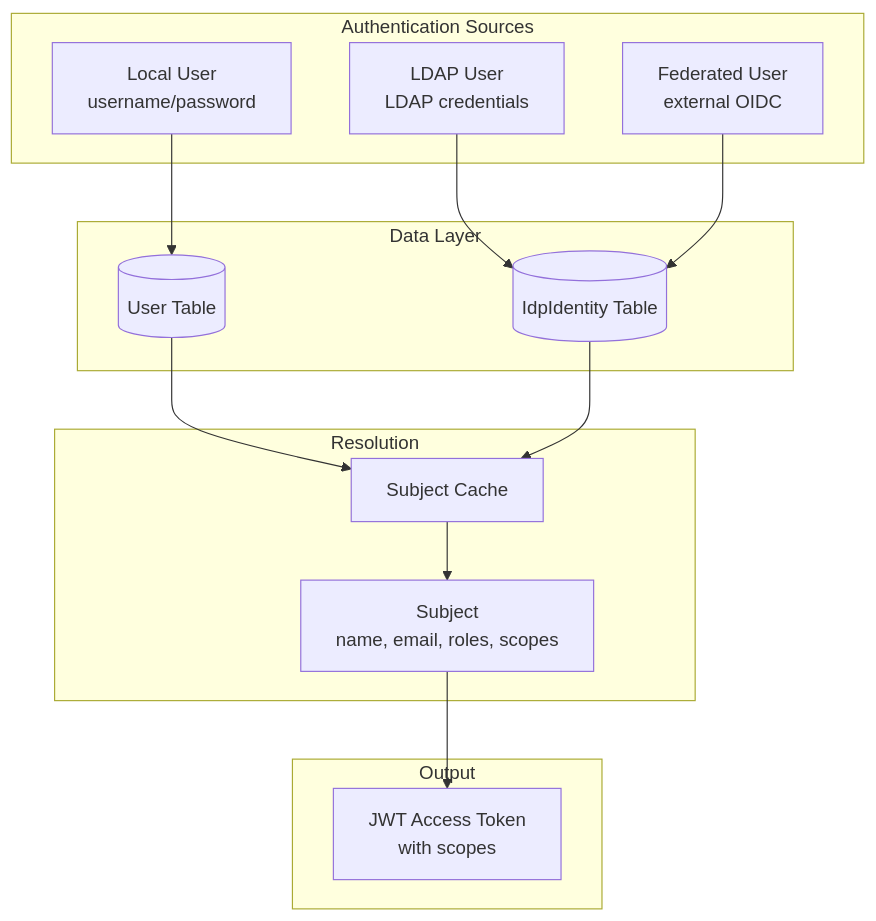
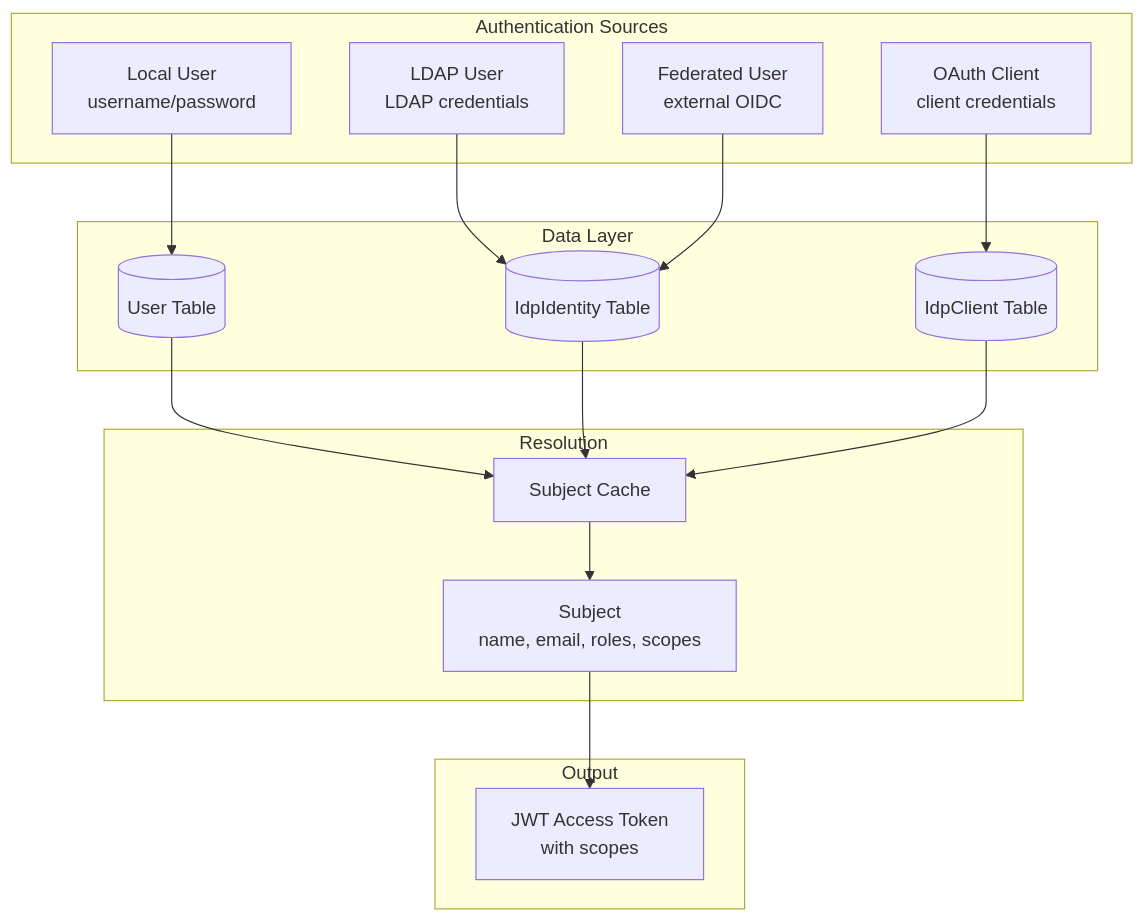
The second of 12 diagrams in internal/auth/README.md (konveyor/tackle2-hub), drawn with Mermaid before and after one commit. The commit also changed other lines of this file, not shown here.

````diff
--- a/internal/auth/README.md
+++ b/internal/auth/README.md
@@ -211,32 +212,36 @@
 ```mermaid
 graph TB
     subgraph "Authentication Sources"
         LocalUser[Local User<br/>username/password]
         LDAPUser[LDAP User<br/>LDAP credentials]
         FedUser[Federated User<br/>external OIDC]
+        OAuthClient[OAuth Client<br/>client credentials]
     end
     
     subgraph "Data Layer"
         UserTable[(User Table)]
         IdentityTable[(IdpIdentity Table)]
+        ClientTable[(IdpClient Table)]
     end
     
     subgraph "Resolution"
         SubjectCache[Subject Cache]
         SubjectAbstraction[Subject<br/>name, email, roles, scopes]
     end
     
     subgraph "Output"
         JWT[JWT Access Token<br/>with scopes]
     end
     
     LocalUser --> UserTable
     LDAPUser --> IdentityTable
     FedUser --> IdentityTable
+    OAuthClient --> ClientTable
     
     UserTable --> SubjectCache
     IdentityTable --> SubjectCache
+    ClientTable --> SubjectCache
     
     SubjectCache --> SubjectAbstraction
     SubjectAbstraction --> JWT
 ```
````
